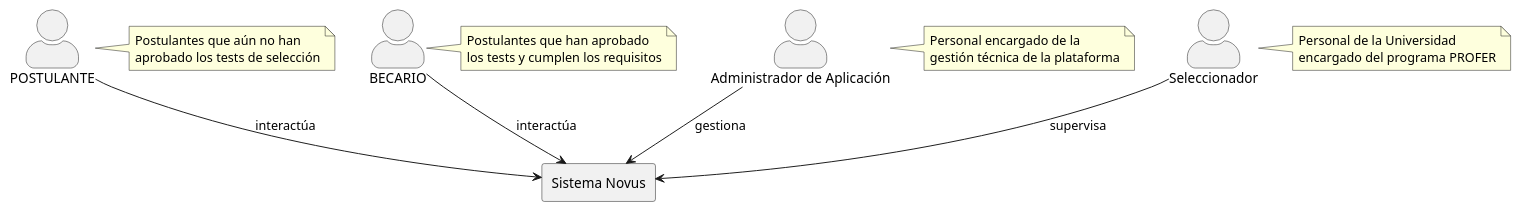
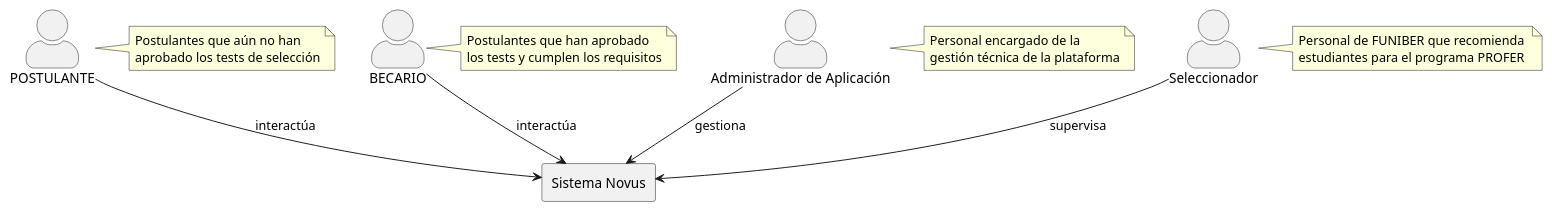
Before and after one commit to Dievex/24-25-IdSw1-SDR: the diagram in casos_de_uso/actores/actores.puml, drawn with PlantUML.

Commit message:
docs(actores): update seleccionador description in uml diagram

```diff
--- a/casos_de_uso/actores/actores.puml
+++ b/casos_de_uso/actores/actores.puml
@@ -1,38 +1,38 @@
 @startuml Actores_Sistema_Novus
 
 skinparam actorStyle awesome
 
 actor "POSTULANTE" as NoBecario
 actor "BECARIO" as Becario
 actor "Administrador de Aplicación" as AdminApp
 actor "Seleccionador" as Seleccionador
 
 rectangle "Sistema Novus" {
 }
 
 NoBecario --> "Sistema Novus" : interactúa
 Becario --> "Sistema Novus" : interactúa
 AdminApp --> "Sistema Novus" : gestiona
 Seleccionador --> "Sistema Novus" : supervisa
 
 note right of NoBecario
   Postulantes que aún no han 
   aprobado los tests de selección
 end note
 
 note right of Becario
   Postulantes que han aprobado 
   los tests y cumplen los requisitos
 end note
 
 note right of AdminApp
   Personal encargado de la 
   gestión técnica de la plataforma
 end note
 
 note right of Seleccionador
-  Personal de la Universidad 
-  encargado del programa PROFER
+  Personal de FUNIBER que recomienda 
+  estudiantes para el programa PROFER
 end note
 
 @enduml
```
